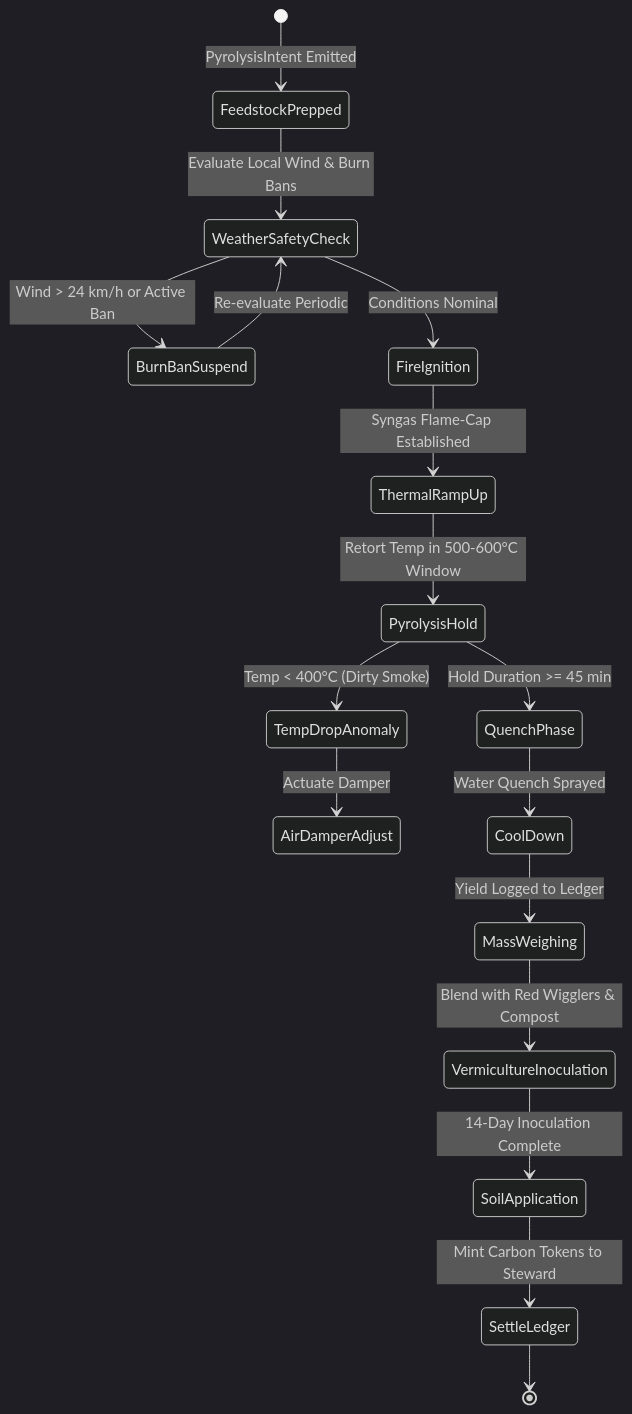
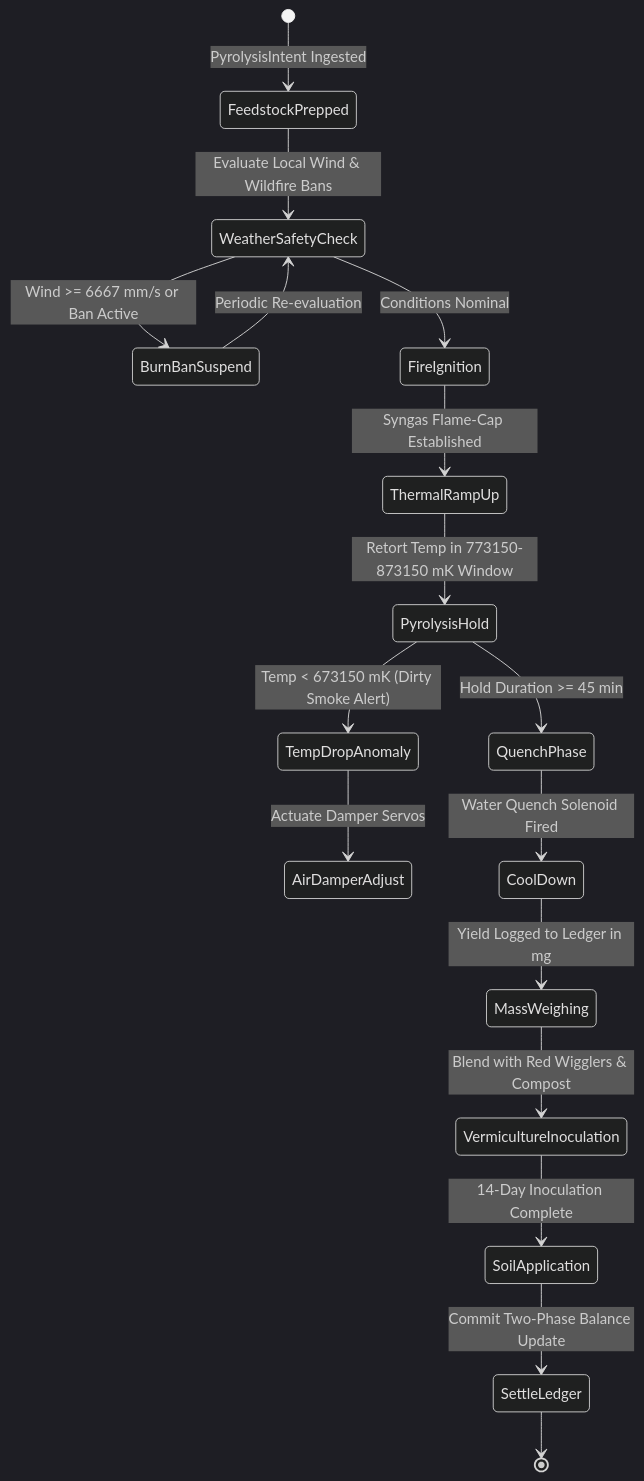
One commit to raffaine/collective changed the second of 4 diagrams in docs/scenarios/mu_extraction.md. Above: the diagram before and after it, drawn with Mermaid (dark theme). The commit also changed other lines of this file and 23 other files, not shown here.

````diff
--- a/docs/scenarios/mu_extraction.md
+++ b/docs/scenarios/mu_extraction.md
@@ -73,19 +105,19 @@
 ```mermaid
 stateDiagram-v2
-    [*] --> FeedstockPrepped: PyrolysisIntent Emitted
-    FeedstockPrepped --> WeatherSafetyCheck: Evaluate Local Wind & Burn Bans
-    WeatherSafetyCheck --> BurnBanSuspend: Wind > 24 km/h or Active Ban
-    BurnBanSuspend --> WeatherSafetyCheck: Re-evaluate Periodic
+    [*] --> FeedstockPrepped: PyrolysisIntent Ingested
+    FeedstockPrepped --> WeatherSafetyCheck: Evaluate Local Wind & Wildfire Bans
+    WeatherSafetyCheck --> BurnBanSuspend: Wind >= 6667 mm/s or Ban Active
+    BurnBanSuspend --> WeatherSafetyCheck: Periodic Re-evaluation
     WeatherSafetyCheck --> FireIgnition: Conditions Nominal
     FireIgnition --> ThermalRampUp: Syngas Flame-Cap Established
-    ThermalRampUp --> PyrolysisHold: Retort Temp in 500-600°C Window
+    ThermalRampUp --> PyrolysisHold: Retort Temp in 773150-873150 mK Window
     PyrolysisHold --> QuenchPhase: Hold Duration >= 45 min
-    PyrolysisHold --> TempDropAnomaly: Temp < 400°C (Dirty Smoke)
-    TempDropAnomaly --> AirDamperAdjust: Actuate Damper
-    QuenchPhase --> CoolDown: Water Quench Sprayed
-    CoolDown --> MassWeighing: Yield Logged to Ledger
+    PyrolysisHold --> TempDropAnomaly: Temp < 673150 mK (Dirty Smoke Alert)
+    TempDropAnomaly --> AirDamperAdjust: Actuate Damper Servos
+    QuenchPhase --> CoolDown: Water Quench Solenoid Fired
+    CoolDown --> MassWeighing: Yield Logged to Ledger in mg
     MassWeighing --> VermicultureInoculation: Blend with Red Wigglers & Compost
     VermicultureInoculation --> SoilApplication: 14-Day Inoculation Complete
-    SoilApplication --> SettleLedger: Mint Carbon Tokens to Steward
+    SoilApplication --> SettleLedger: Commit Two-Phase Balance Update
     SettleLedger --> [*]
 ```
````
